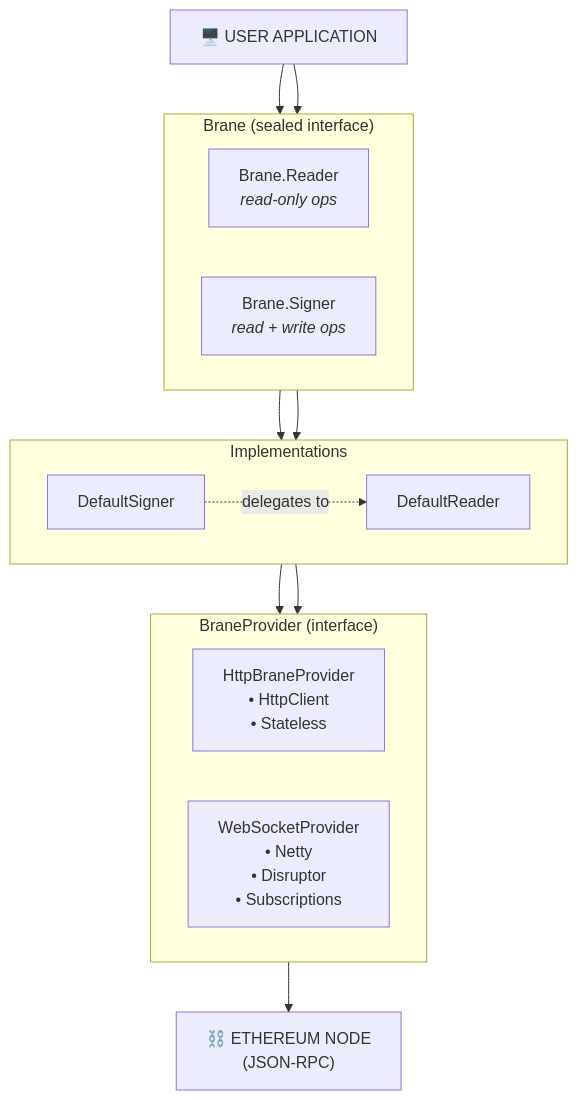
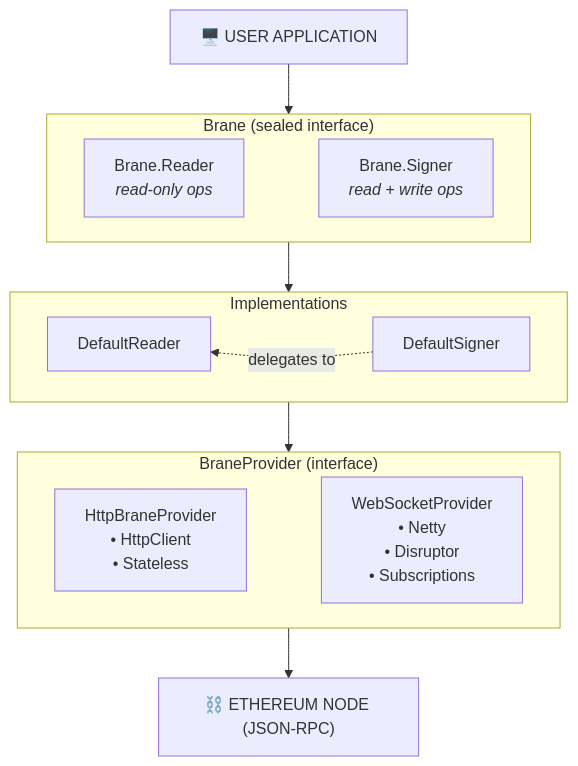
One commit to noise-xyz/brane changed the diagram in docs/architecture.mdx. Above: the diagram before and after it, drawn with Mermaid.

Commit message:
docs: improve Mermaid layout with horizontal nodes and consistent subgraph structure
- Use invisible links (~~~) to force horizontal arrangement
- Simplified connections between subgraph layers
- Added init directive for consistent spacing

````diff
--- a/docs/architecture.mdx
+++ b/docs/architecture.mdx
@@ -10,35 +10,28 @@
 ```mermaid
+%%{init: {'flowchart': {'nodeSpacing': 30, 'rankSpacing': 50}}}%%
 flowchart TD
     APP["🖥️ USER APPLICATION"]
-    
-    APP --> READER
-    APP --> SIGNER
 
     subgraph BRANE["Brane (sealed interface)"]
         direction LR
-        READER["Brane.Reader<br/><i>read-only ops</i>"]
-        SIGNER["Brane.Signer<br/><i>read + write ops</i>"]
+        READER["Brane.Reader<br/><i>read-only ops</i>"] ~~~ SIGNER["Brane.Signer<br/><i>read + write ops</i>"]
     end
-
-    READER --> DEFAULT_READER
-    SIGNER --> DEFAULT_SIGNER
 
     subgraph IMPLS["Implementations"]
         direction LR
-        DEFAULT_READER["DefaultReader"]
-        DEFAULT_SIGNER["DefaultSigner"]
+        DEFAULT_READER["DefaultReader"] ~~~ DEFAULT_SIGNER["DefaultSigner"]
     end
-
-    DEFAULT_SIGNER -.->|delegates to| DEFAULT_READER
-    
-    DEFAULT_READER --> PROVIDER
-    DEFAULT_SIGNER --> PROVIDER
 
     subgraph PROVIDER["BraneProvider (interface)"]
         direction LR
-        HTTP["HttpBraneProvider<br/>• HttpClient<br/>• Stateless"]
-        WS["WebSocketProvider<br/>• Netty<br/>• Disruptor<br/>• Subscriptions"]
+        HTTP["HttpBraneProvider<br/>• HttpClient<br/>• Stateless"] ~~~ WS["WebSocketProvider<br/>• Netty<br/>• Disruptor<br/>• Subscriptions"]
     end
 
-    PROVIDER --> NODE["⛓️ ETHEREUM NODE<br/>(JSON-RPC)"]
+    NODE["⛓️ ETHEREUM NODE (JSON-RPC)"]
+
+    APP --> BRANE
+    BRANE --> IMPLS
+    DEFAULT_SIGNER -.->|delegates to| DEFAULT_READER
+    IMPLS --> PROVIDER
+    PROVIDER --> NODE
 ```
````
